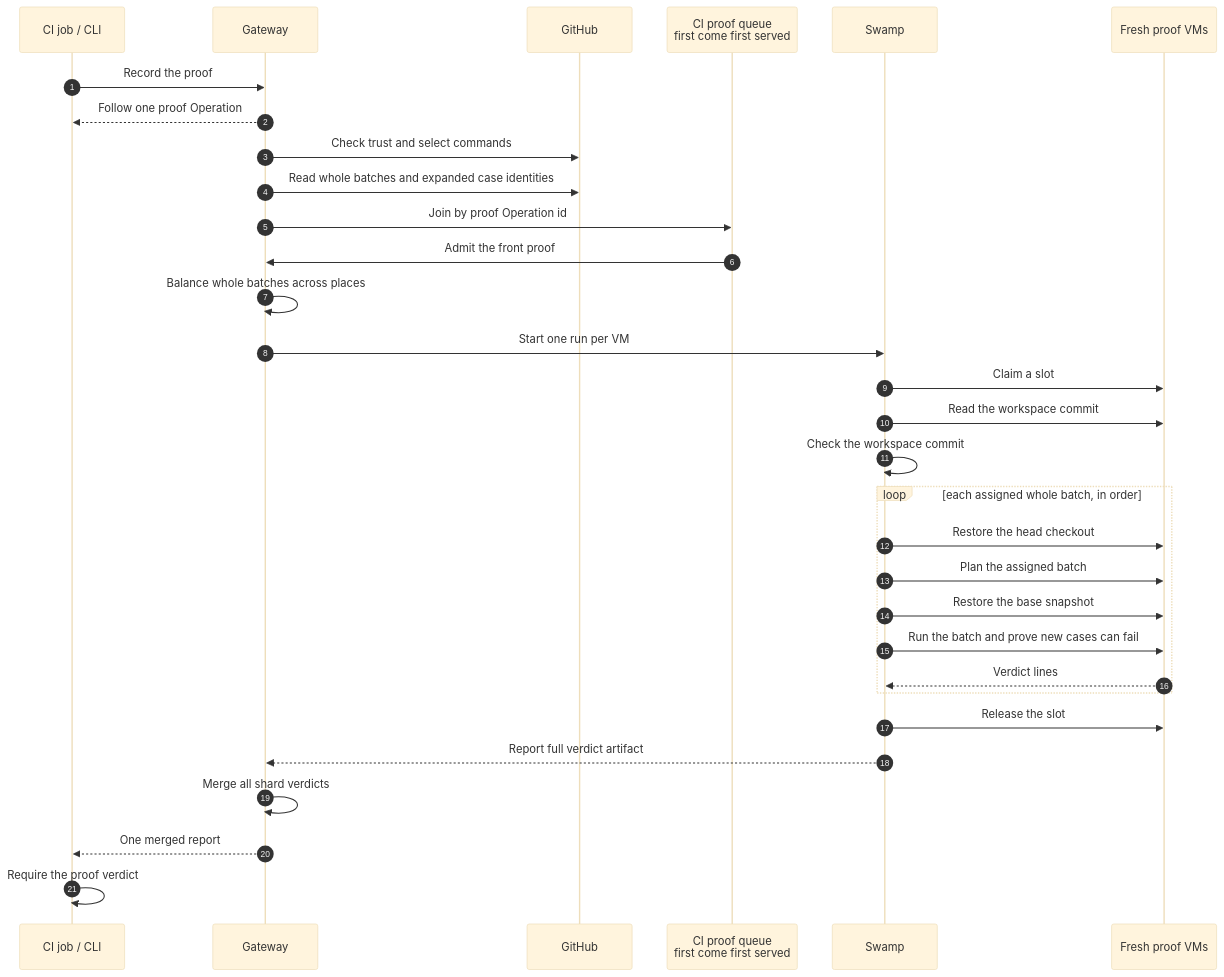
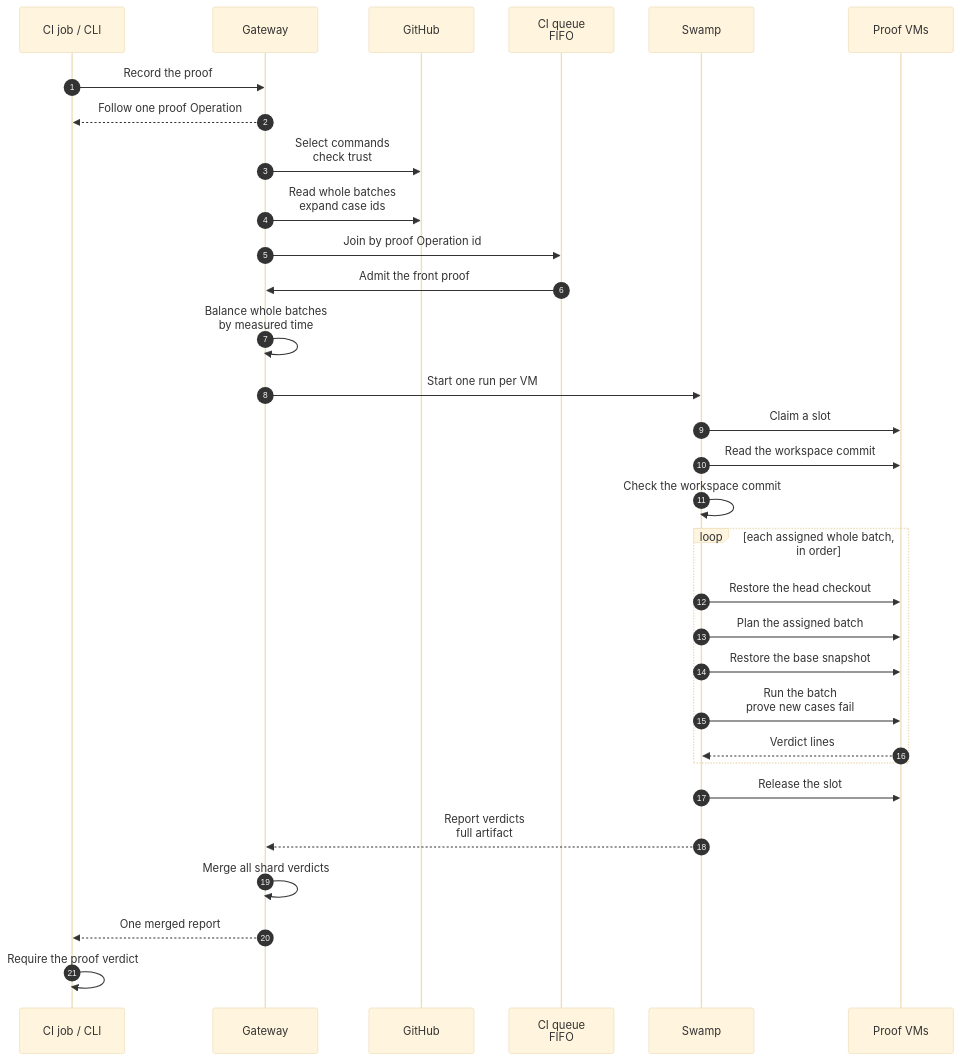
Before and after one commit to hardimpactdev/orbit: the diagram in docs/cli/proof/run.mmd, drawn with Mermaid (base theme). The commit also changed 32 other files, not shown here.

First line of the commit message:
feat: queue CI proofs and require complete batch verdicts

```diff
--- a/docs/cli/proof/run.mmd
+++ b/docs/cli/proof/run.mmd
@@ -1,46 +1,46 @@
 sequenceDiagram
   %% status: reviewed
   %% command: proof:run
   %% kind: proof.run
   autonumber
   participant CLI as CI job / CLI
   participant GW as Gateway
   participant GH as GitHub
-  participant Q as CI proof queue<br/>first come first served
+  participant Q as CI queue<br/>FIFO
   participant SW as Swamp
-  participant VM as Fresh proof VMs
+  participant VM as Proof VMs
   CLI->>GW: Record the proof
   %%> Record commit, authenticated caller and options, then queue admission. Only an active authenticated ci-runner Node uses the CI pool. Operator proofs join task admission.
   GW-->>CLI: Follow one proof Operation
-  GW->>GH: Check trust and select commands
+  GW->>GH: Select commands<br/>check trust
   %%> Read the trusted commit, selection list and cases. A fork needs approval of this head and run-proofs. No selected command succeeds without a VM.
-  GW->>GH: Read whole batches and expanded case identities
+  GW->>GH: Read whole batches<br/>expand case ids
   %%> Read the selected YAML at the commit. Empty or malformed selected cases fail. Sum measured case seconds from prior reports; unseen cases use the measured median, or one second with no history.
   GW->>Q: Join by proof Operation id
   %%> Earlier open CI proofs without admitted runs block later proofs, including while selection is being read. Cancellation, failure and no selection remove a proof from admission.
   Q->>GW: Admit the front proof
   %%> Under the admission lock, take every currently free usable CI place, at least one and at most the batch count. A full pool or stale base waits, up to two hours, then fails clearly. Never refuse capacity or skip green.
-  GW->>GW: Balance whole batches across places
+  GW->>GW: Balance whole batches<br/>by measured time
   %%> Longest measured batch first; assign each to the least loaded VM. A batch never splits. Record expected cases and all shard operations atomically.
   GW->>SW: Start one run per VM
   SW->>VM: Claim a slot
   %%> Fresh VM from the host base at the trusted commit. No CI keep-failed option.
   SW->>VM: Read the workspace commit
   SW->>SW: Check the workspace commit
   loop each assigned whole batch, in order
     SW->>VM: Restore the head checkout
     %%> A prior new-case proof may have switched to the merge base. Restore the admitted head before planning the next batch.
     SW->>VM: Plan the assigned batch
     SW->>VM: Restore the base snapshot
-    SW->>VM: Run the batch and prove new cases can fail
+    SW->>VM: Run the batch<br/>prove new cases fail
     VM-->>SW: Verdict lines
   end
   SW->>VM: Release the slot
   %%> Delete after every outcome. Failed or missing cleanup schedules normal group cancellation. A live or releasing VM holds its place until confirmed deletion.
-  SW-->>GW: Report full verdict artifact
+  SW-->>GW: Report verdicts<br/>full artifact
   %%> Capture the full report, not its 4 KiB history tail. Identify command and file on each line. Missing, duplicate or unexpected case verdicts fail the shard; a missing expected case is unrun.
   GW->>GW: Merge all shard verdicts
   %%> Wait for every admitted child, require every expected case and every selected command, and close one proof result. Failed, cancelled, unrun and missing verdicts fail.
   GW-->>CLI: One merged report
   CLI->>CLI: Require the proof verdict
   %%> The proof job is in Required checks. A selected command with a failed case or no verdict fails. No selected command passes. Capacity is only a bounded wait, never a successful no-case result.
```
